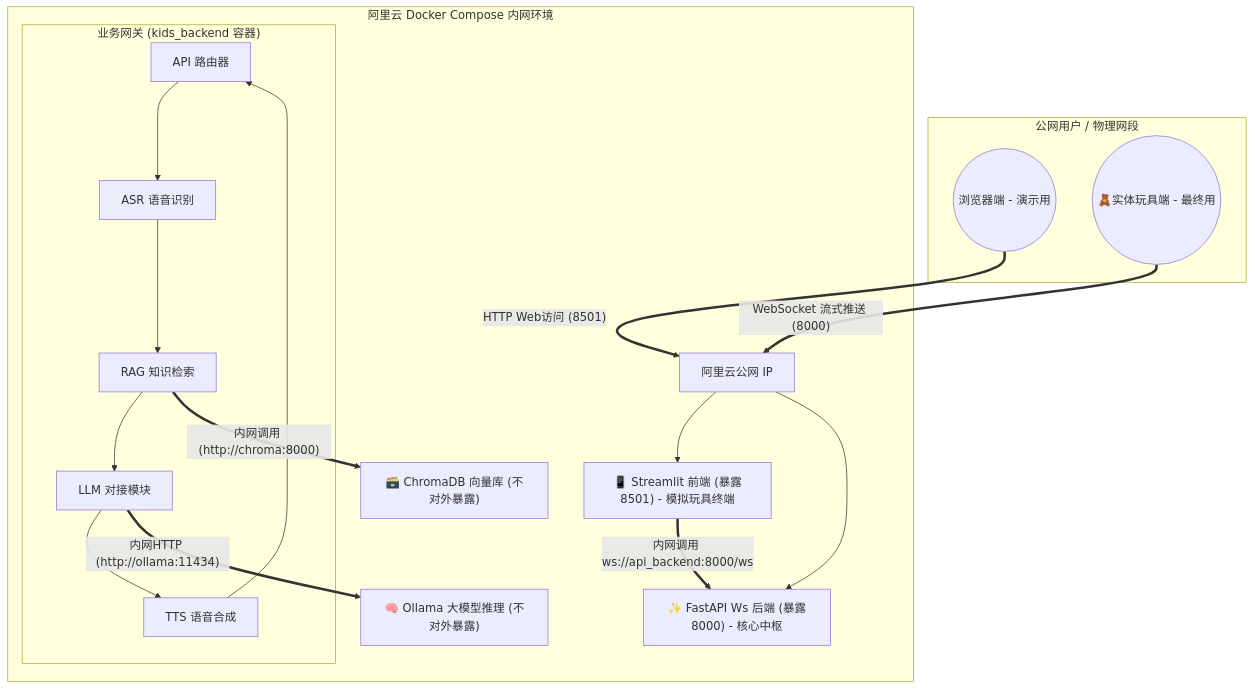
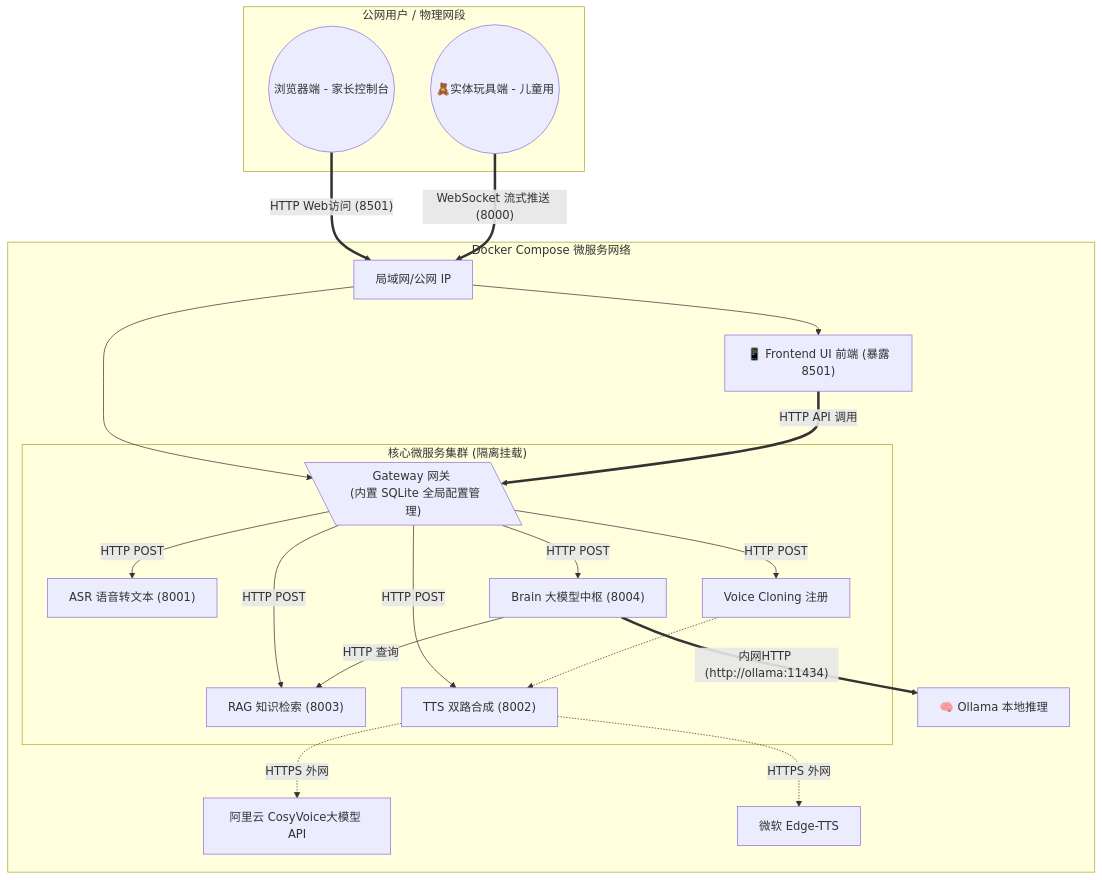
One commit to fanpuyuan/kids-edu-toy-ai changed the diagram in docs/architecture_and_tasks.md. Above: the diagram before and after it, drawn with Mermaid. The commit also changed 27 other files, not shown here.

````diff
--- a/docs/architecture_and_tasks.md
+++ b/docs/architecture_and_tasks.md
@@ -5,37 +5,40 @@
 ```mermaid
 graph TD
     %% 外部访问层 (公网)
     subgraph Public_Internet ["公网用户 / 物理网段"]
-        User_Browser(("浏览器端 - 演示用"))
-        Hardware_Toy(("🧸实体玩具端 - 最终用"))
+        User_Browser(("浏览器端 - 家长控制台"))
+        Hardware_Toy(("🧸实体玩具端 - 儿童用"))
     end
     
-    User_Browser == "HTTP Web访问 (8501)" ==> Nginx_or_Host["阿里云公网 IP"]
+    User_Browser == "HTTP Web访问 (8501)" ==> Nginx_or_Host["局域网/公网 IP"]
     Hardware_Toy == "WebSocket 流式推送 (8000)" ==> Nginx_or_Host
 
-    %% 云端服务器 (阿里云内部)
-    subgraph Aliyun_Server ["阿里云 Docker Compose 内网环境"]
+    %% 云端服务器
+    subgraph Aliyun_Server ["Docker Compose 微服务网络"]
     
         %% 前台演示
-        Nginx_or_Host --> Streamlit_App["📱 Streamlit 前端 (暴露8501) - 模拟玩具终端"]
+        Nginx_or_Host --> Streamlit_App["📱 Frontend UI 前端 (暴露8501)"]
         
         %% 后端核心网关
-        Nginx_or_Host --> FastAPI["✨ FastAPI Ws 后端 (暴露8000) - 核心中枢"]
-        Streamlit_App == "内网调用 ws://api_backend:8000/ws" ==> FastAPI
+        Nginx_or_Host --> Gateway["✨ Gateway 核心网关 (暴露8000)"]
+        Streamlit_App == "HTTP API 调用" ==> Gateway
         
-        subgraph FastAPI_Container ["业务网关 (kids_backend 容器)"]
-            WsRouter["API 路由器"]
-            ASR_Module["ASR 语音识别"]
-            RAG_Module["RAG 知识检索"]
-            LLM_Module["LLM 对接模块"]
-            TTS_Module["TTS 语音合成"]
+        subgraph Microservices ["核心微服务集群 (隔离挂载)"]
+            Gateway[\"Gateway 网关 <br> (内置 SQLite 全局配置管理)"\]
             
-            WsRouter --> ASR_Module --> RAG_Module --> LLM_Module --> TTS_Module --> WsRouter
+            Gateway -->|HTTP POST| ASR_Service["ASR 语音转文本 (8001)"]
+            Gateway -->|HTTP POST| RAG_Service["RAG 知识检索 (8003)"]
+            Gateway -->|HTTP POST| Brain_Service["Brain 大模型中枢 (8004)"]
+            Gateway -->|HTTP POST| TTS_Service["TTS 双路合成 (8002)"]
+            Gateway -->|HTTP POST| Clone_Route["Voice Cloning 注册"] -.-> TTS_Service
+            
+            Brain_Service -->|HTTP 查询| RAG_Service
         end
         
-        %% 高算力与存储层 (安全隔离，不暴露给公网)
-        LLM_Module == "内网HTTP (http://ollama:11434)" ==> Ollama_Container["🧠 Ollama 大模型推理 (不对外暴露)"]
-        RAG_Module == "内网调用 (http://chroma:8000)" ==> ChromaDB_Container["🗃️ ChromaDB 向量库 (不对外暴露)"]
+        %% 高算力与外网调用层
+        Brain_Service == "内网HTTP (http://ollama:11434)" ==> Ollama_Container["🧠 Ollama 本地推理"]
+        TTS_Service -.->|HTTPS 外网| DashScope["阿里云 CosyVoice大模型 API"]
+        TTS_Service -.->|HTTPS 外网| EdgeTTS["微软 Edge-TTS"]
         
     end
 ```
````
